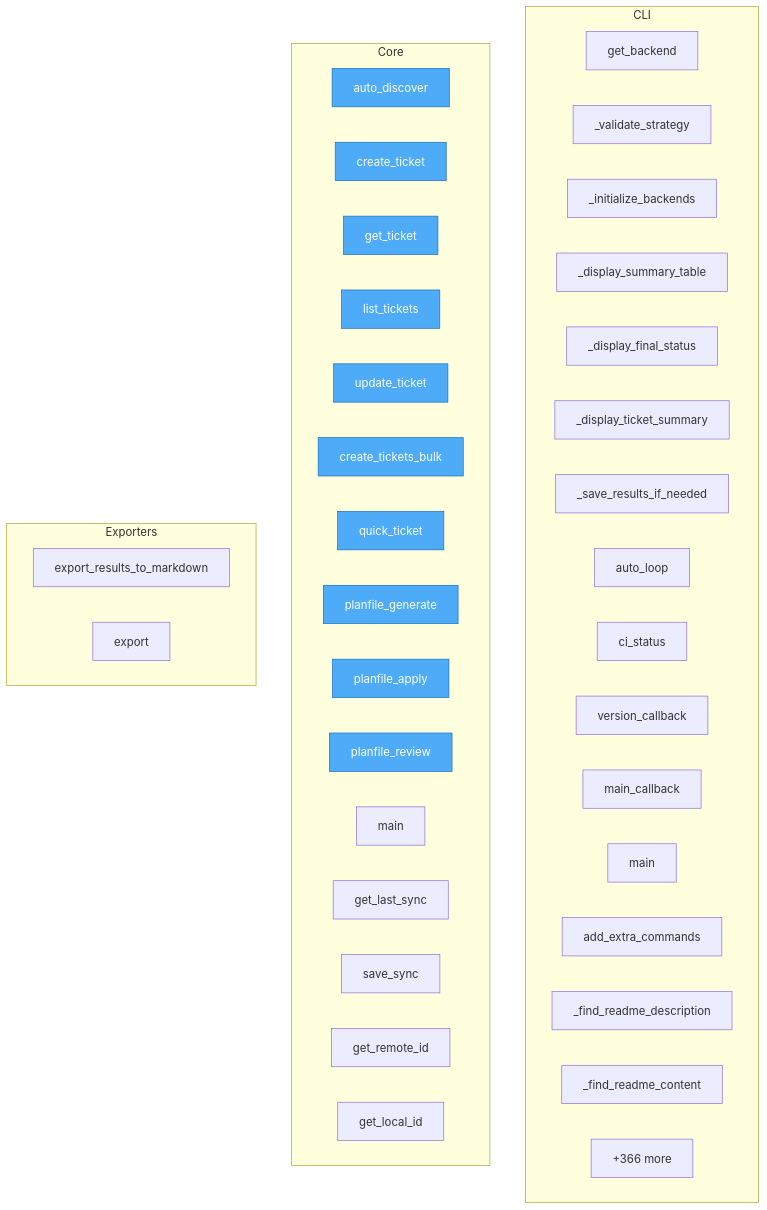
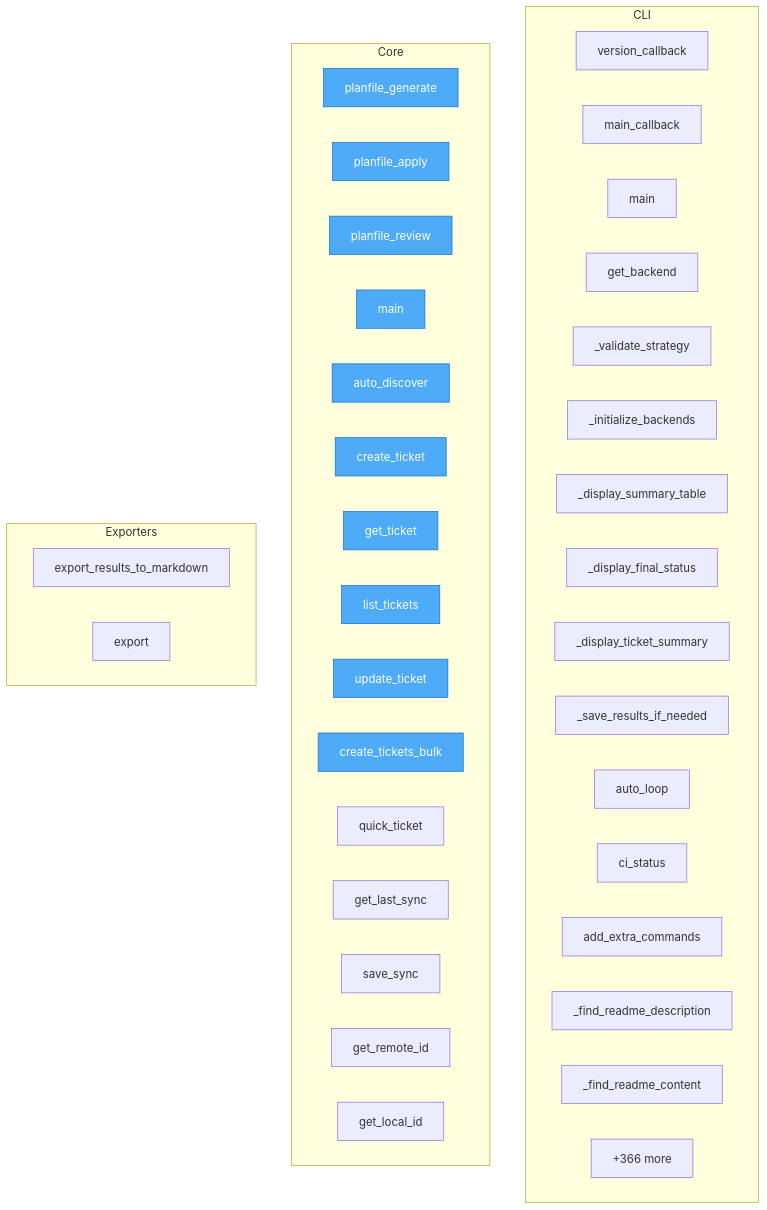
One commit to semcod/planfile changed the diagram in project/flow.mmd. Above: the diagram before and after it, drawn with Mermaid. The commit also changed 16 other files, not shown here.

```diff
--- a/project/flow.mmd
+++ b/project/flow.mmd
@@ -1,49 +1,49 @@
 flowchart TD
 
     %% Entry points (blue)
     classDef entry fill:#4dabf7,stroke:#1971c2,color:#fff
 
     subgraph CLI
+        planfile__cli__commands__version_callback["version_callback"]
+        planfile__cli__commands__main_callback["main_callback"]
+        planfile__cli__commands__main["main"]
         planfile__cli__auto_loop__get_backend["get_backend"]
         planfile__cli__auto_loop___validate_strategy["_validate_strategy"]
         planfile__cli__auto_loop___initialize_backends["_initialize_backends"]
         planfile__cli__auto_loop___display_summary_table["_display_summary_table"]
         planfile__cli__auto_loop___display_final_status["_display_final_status"]
         planfile__cli__auto_loop___display_ticket_summary["_display_ticket_summary"]
         planfile__cli__auto_loop___save_results_if_needed["_save_results_if_needed"]
         planfile__cli__auto_loop__auto_loop["auto_loop"]
         planfile__cli__auto_loop__ci_status["ci_status"]
-        planfile__cli__commands__version_callback["version_callback"]
-        planfile__cli__commands__main_callback["main_callback"]
-        planfile__cli__commands__main["main"]
         planfile__cli__extra_commands__add_extra_commands["add_extra_commands"]
         planfile__cli__project_detector___find_readme_description["_find_readme_description"]
         planfile__cli__project_detector___find_readme_content["_find_readme_content"]
         ...["+57 more"]
     end
 
     subgraph Core
+        mcp_server_example__planfile_generate["planfile_generate"]
+        mcp_server_example__planfile_apply["planfile_apply"]
+        mcp_server_example__planfile_review["planfile_review"]
+        mcp_server_example__main["main"]
         planfile__Planfile__auto_discover["auto_discover"]
         planfile__Planfile__create_ticket["create_ticket"]
         planfile__Planfile__get_ticket["get_ticket"]
         planfile__Planfile__list_tickets["list_tickets"]
         planfile__Planfile__update_ticket["update_ticket"]
         planfile__Planfile__create_tickets_bulk["create_tickets_bulk"]
         planfile__quick_ticket["quick_ticket"]
-        mcp_server_example__planfile_generate["planfile_generate"]
-        mcp_server_example__planfile_apply["planfile_apply"]
-        mcp_server_example__planfile_review["planfile_review"]
-        mcp_server_example__main["main"]
         planfile__sync__state__SyncState__get_last_sync["get_last_sync"]
         planfile__sync__state__SyncState__save_sync["save_sync"]
         planfile__sync__state__SyncState__get_remote_id["get_remote_id"]
         planfile__sync__state__SyncState__get_local_id["get_local_id"]
         ...["+366 more"]
     end
 
     subgraph Exporters
         planfile__loaders__cli_loader__export_results_to_markdown["export_results_to_markdown"]
         planfile__core__models__Strategy__export["export"]
     end
 
-    class planfile__Planfile__auto_discover,planfile__Planfile__create_ticket,planfile__Planfile__get_ticket,planfile__Planfile__list_tickets,planfile__Planfile__update_ticket,planfile__Planfile__create_tickets_bulk,planfile__quick_ticket,mcp_server_example__planfile_generate,mcp_server_example__planfile_apply,mcp_server_example__planfile_review entry
+    class mcp_server_example__planfile_generate,mcp_server_example__planfile_apply,mcp_server_example__planfile_review,mcp_server_example__main,planfile__Planfile__auto_discover,planfile__Planfile__create_ticket,planfile__Planfile__get_ticket,planfile__Planfile__list_tickets,planfile__Planfile__update_ticket,planfile__Planfile__create_tickets_bulk entry
```
